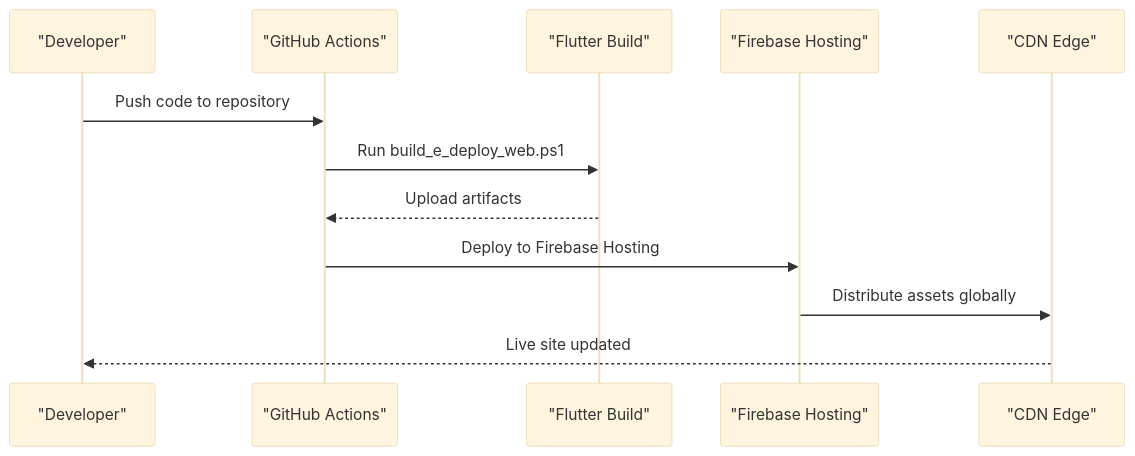
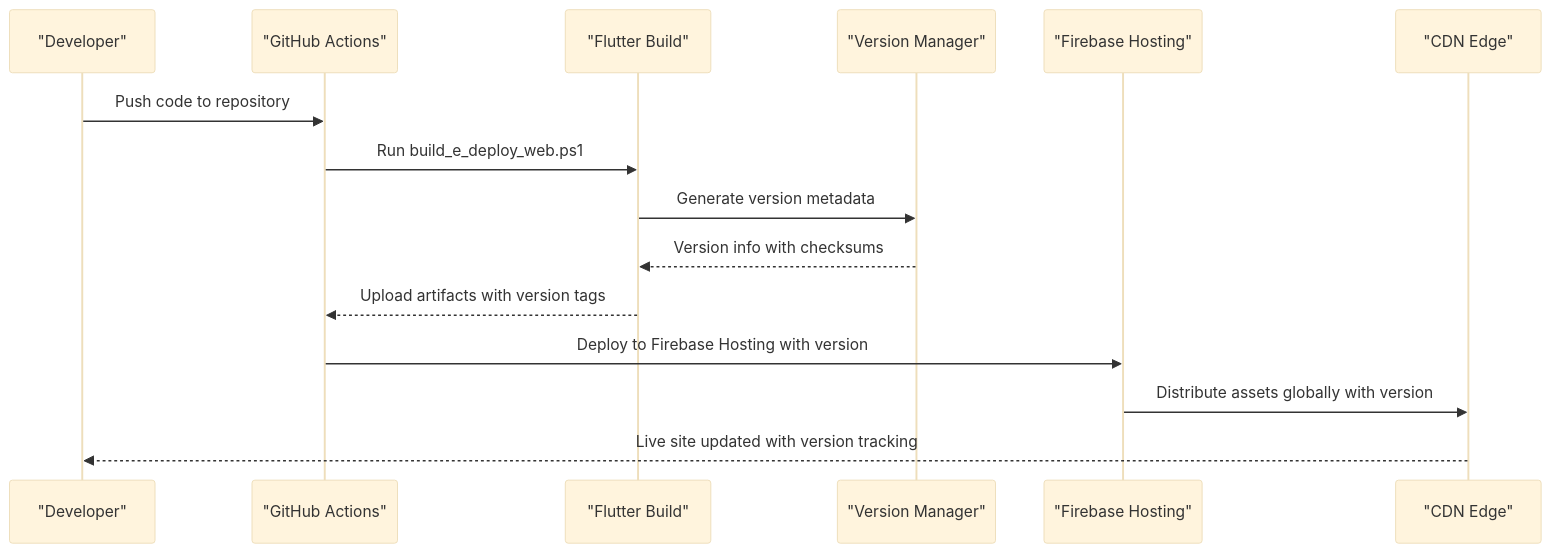
The seventh of 8 diagrams in .qoder/repowiki/en/content/Web Platform/Web Platform.md (raihom-netizen/com.gestaoyahwehios.app), drawn with Mermaid (base theme) before and after one commit. The commit also changed other lines of this file and 161 other files, not shown here.

````diff
--- a/.qoder/repowiki/en/content/Web Platform/Web Platform.md
+++ b/.qoder/repowiki/en/content/Web Platform/Web Platform.md
@@ -380,14 +421,17 @@
 ```mermaid
 sequenceDiagram
 participant Dev as "Developer"
 participant CI as "GitHub Actions"
 participant Build as "Flutter Build"
+participant VersionMgr as "Version Manager"
 participant Hosting as "Firebase Hosting"
 participant CDN as "CDN Edge"
 Dev->>CI : Push code to repository
 CI->>Build : Run build_e_deploy_web.ps1
-Build-->>CI : Upload artifacts
-CI->>Hosting : Deploy to Firebase Hosting
-Hosting->>CDN : Distribute assets globally
-CDN-->>Dev : Live site updated
+Build->>VersionMgr : Generate version metadata
+VersionMgr-->>Build : Version info with checksums
+Build-->>CI : Upload artifacts with version tags
+CI->>Hosting : Deploy to Firebase Hosting with version
+Hosting->>CDN : Distribute assets globally with version
+CDN-->>Dev : Live site updated with version tracking
 ```
````
